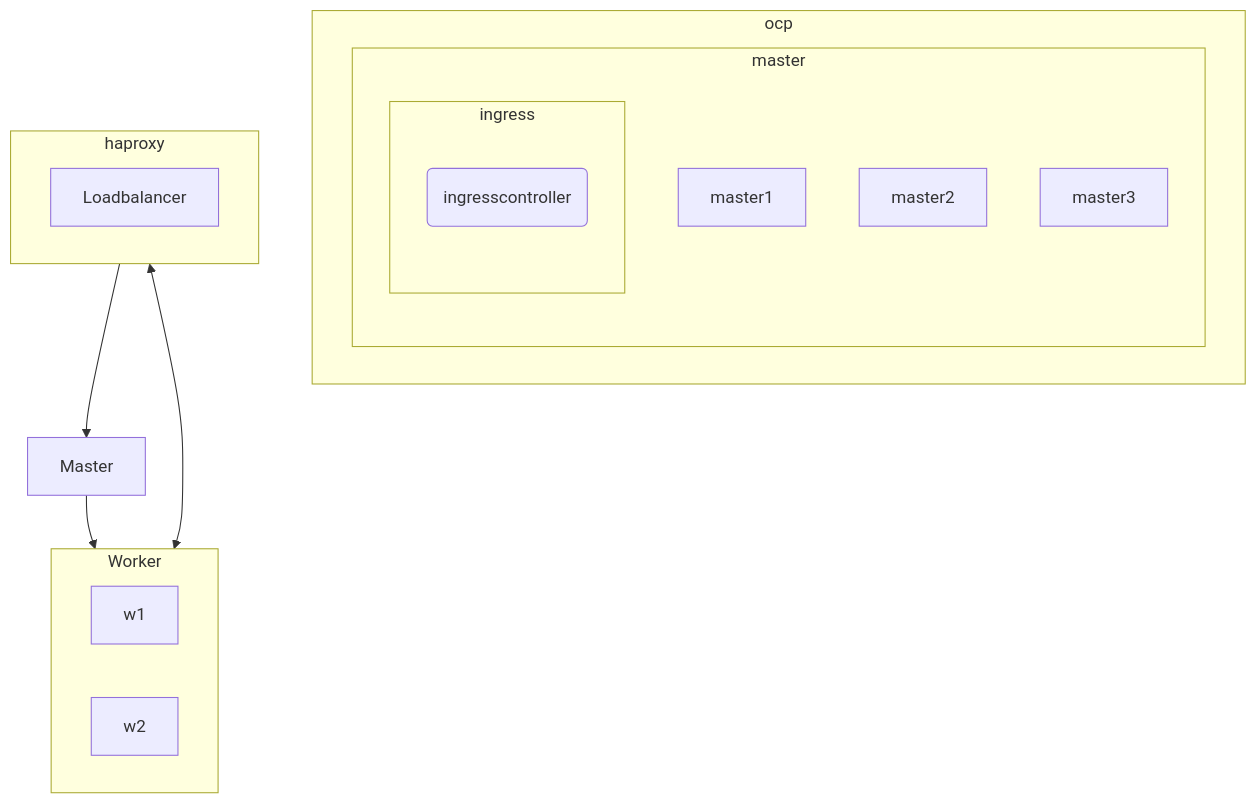
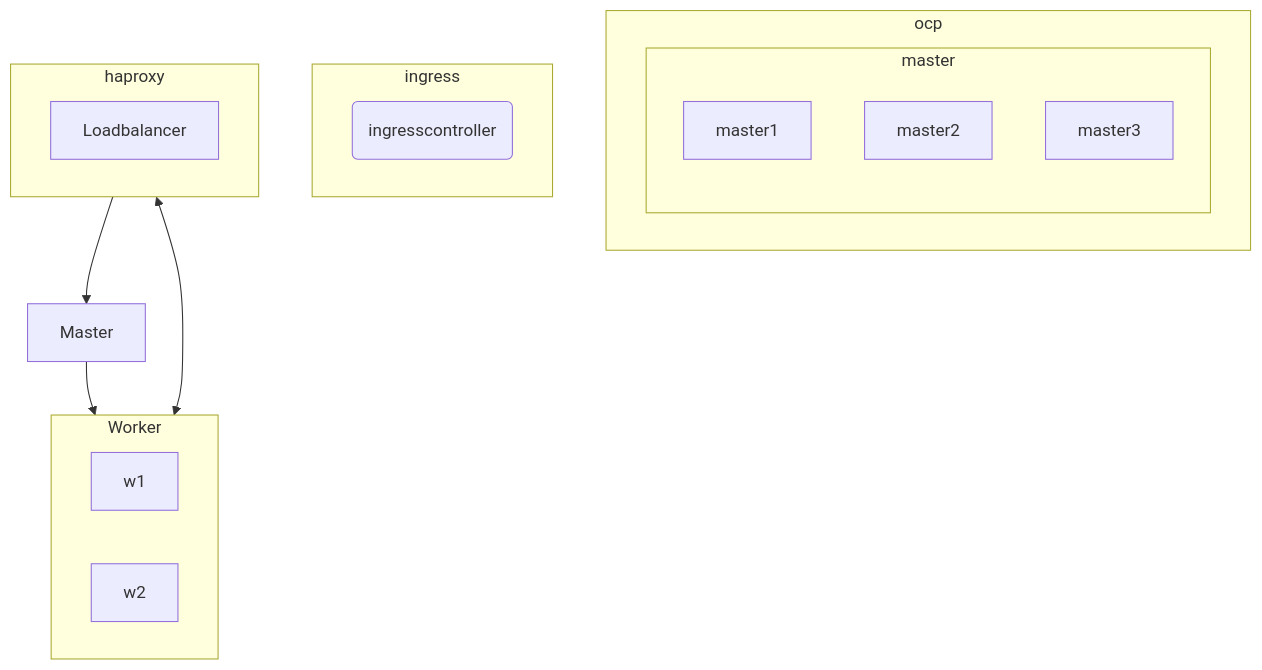
Before and after one commit to tkops/ocp4: the diagram in README.md, drawn with Mermaid.

````diff
--- a/README.md
+++ b/README.md
@@ -3,22 +3,22 @@
 ```mermaid
 flowchart TB
     subgraph ocp
        subgraph master
            m1[master1]
            m2[master2];m3[master3];
-           subgraph ingress
-             i1(ingresscontroller)
-           end
-       end
+        end
+    end
+    subgraph ingress
+      i1(ingresscontroller)
     end
     subgraph haproxy
     b1[Loadbalancer]
     end
     subgraph Worker
     w1;w2
     end
     Master --> Worker
     haproxy --> Master
     haproxy <--> Worker
     
 ```
````
